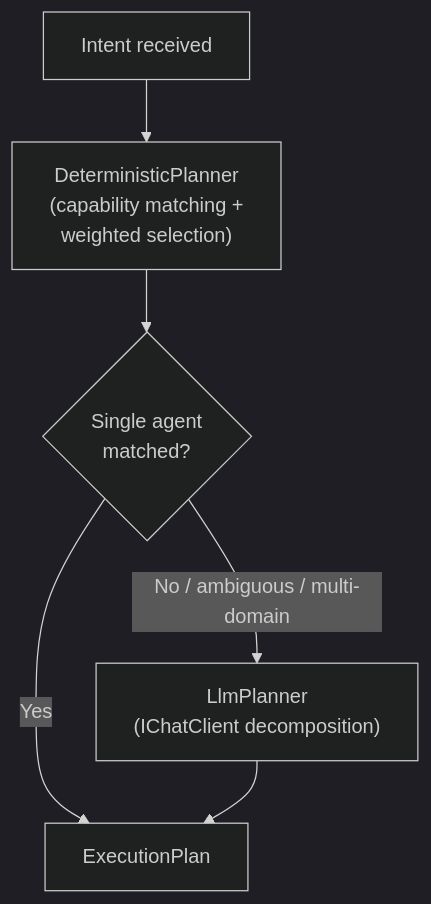
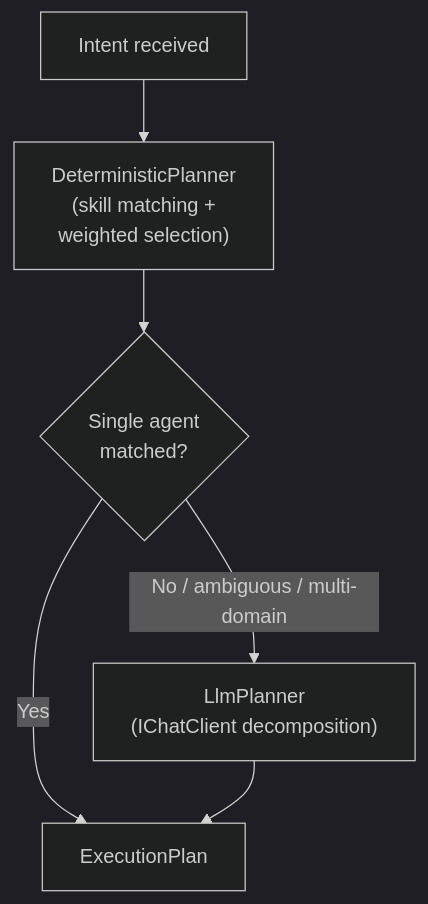
The fifth of 13 diagrams in .bob/docs/sigil-architecture-blueprint.md (satish-krishna/sigil), drawn with Mermaid (dark theme) before and after one commit. The commit also changed other lines of this file and 29 other files, not shown here.

````diff
--- a/.bob/docs/sigil-architecture-blueprint.md
+++ b/.bob/docs/sigil-architecture-blueprint.md
@@ -331,14 +411,14 @@
 ```mermaid
 flowchart TD
     Intent["Intent received"]
-    Deterministic["DeterministicPlanner\n(capability matching +\nweighted selection)"]
+    Deterministic["DeterministicPlanner\n(skill matching +\nweighted selection)"]
     Check{"Single agent\nmatched?"}
     LLM["LlmPlanner\n(IChatClient decomposition)"]
     Plan["ExecutionPlan"]
 
     Intent --> Deterministic
     Deterministic --> Check
     Check -- "Yes" --> Plan
     Check -- "No / ambiguous / multi-domain" --> LLM
     LLM --> Plan
 ```
````
